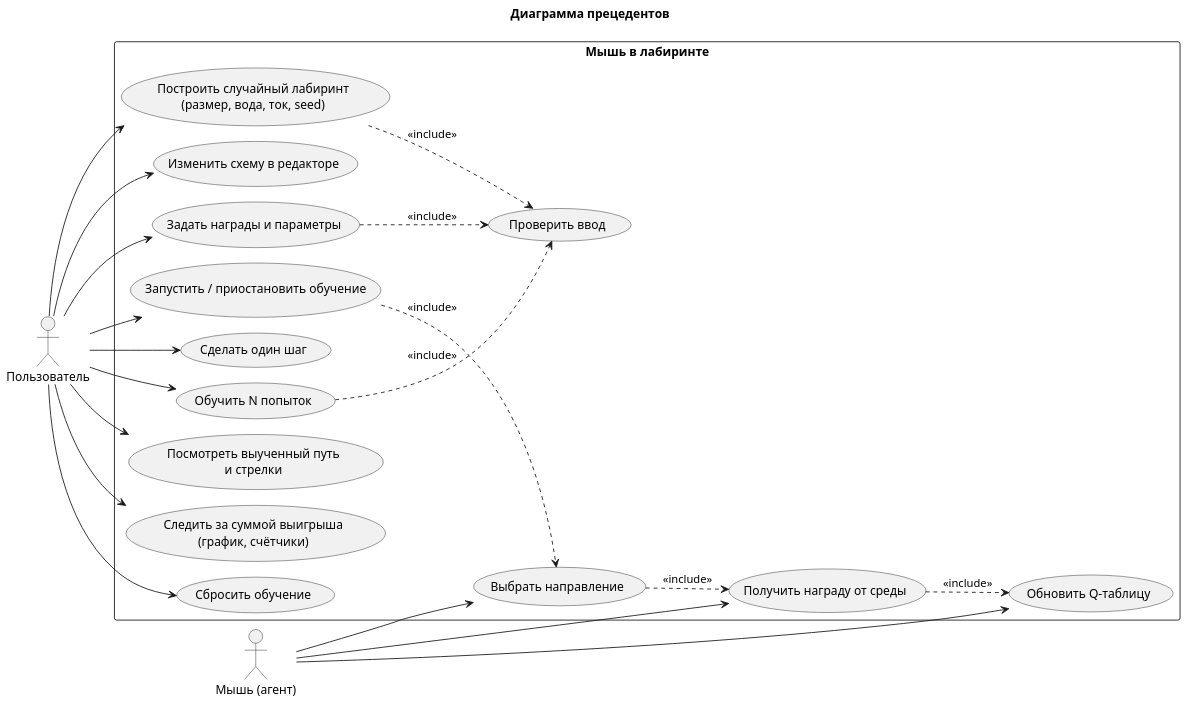
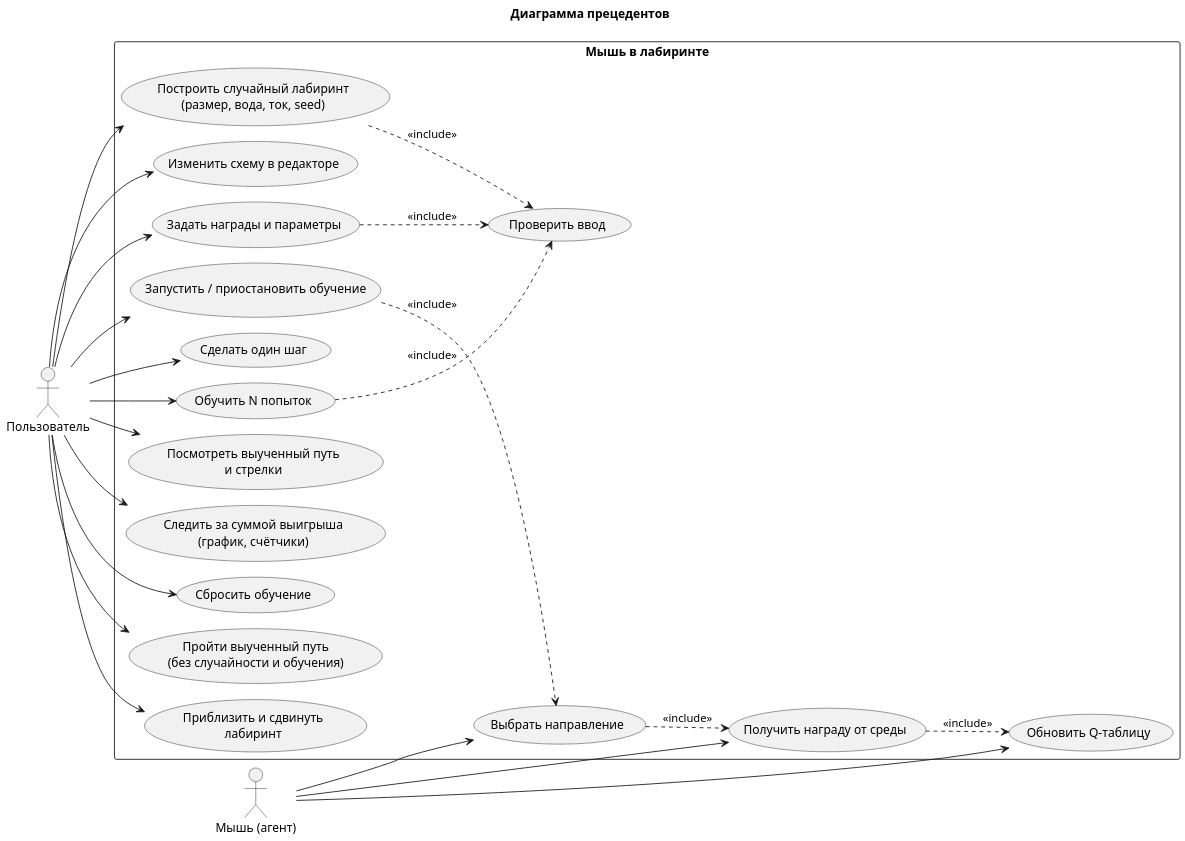
Before and after one commit to azatmn/mouse-maze: the diagram in docs/uml/usecase.puml, drawn with PlantUML. The commit also changed 22 other files, not shown here.

Commit message:
docs: refresh screenshots, UML, report and presentation for replay, zoom and PT Sans

```diff
--- a/docs/uml/usecase.puml
+++ b/docs/uml/usecase.puml
@@ -1,46 +1,50 @@
 @startuml usecase
 !pragma layout smetana
 skinparam dpi 150
 skinparam defaultFontName Arial
 skinparam shadowing false
 left to right direction
 title Диаграмма прецедентов
 
 actor "Пользователь" as user
 actor "Мышь (агент)" as mouse
 
 rectangle "Мышь в лабиринте" {
   usecase "Построить случайный лабиринт\n(размер, вода, ток, seed)" as UC1
   usecase "Изменить схему в редакторе" as UC2
   usecase "Задать награды и параметры" as UC3
   usecase "Запустить / приостановить обучение" as UC4
   usecase "Сделать один шаг" as UC5
   usecase "Обучить N попыток" as UC6
   usecase "Посмотреть выученный путь\nи стрелки" as UC7
   usecase "Следить за суммой выигрыша\n(график, счётчики)" as UC8
   usecase "Сбросить обучение" as UC9
+  usecase "Пройти выученный путь\n(без случайности и обучения)" as UC10
+  usecase "Приблизить и сдвинуть\nлабиринт" as UC11
   usecase "Проверить ввод" as UCV
   usecase "Выбрать направление" as M1
   usecase "Получить награду от среды" as M2
   usecase "Обновить Q-таблицу" as M3
 }
 
 user --> UC1
 user --> UC2
 user --> UC3
 user --> UC4
 user --> UC5
 user --> UC6
 user --> UC7
 user --> UC8
 user --> UC9
+user --> UC10
+user --> UC11
 UC1 ..> UCV : <<include>>
 UC3 ..> UCV : <<include>>
 UC6 ..> UCV : <<include>>
 UC4 ..> M1 : <<include>>
 mouse --> M1
 mouse --> M2
 mouse --> M3
 M1 ..> M2 : <<include>>
 M2 ..> M3 : <<include>>
 @enduml
```
